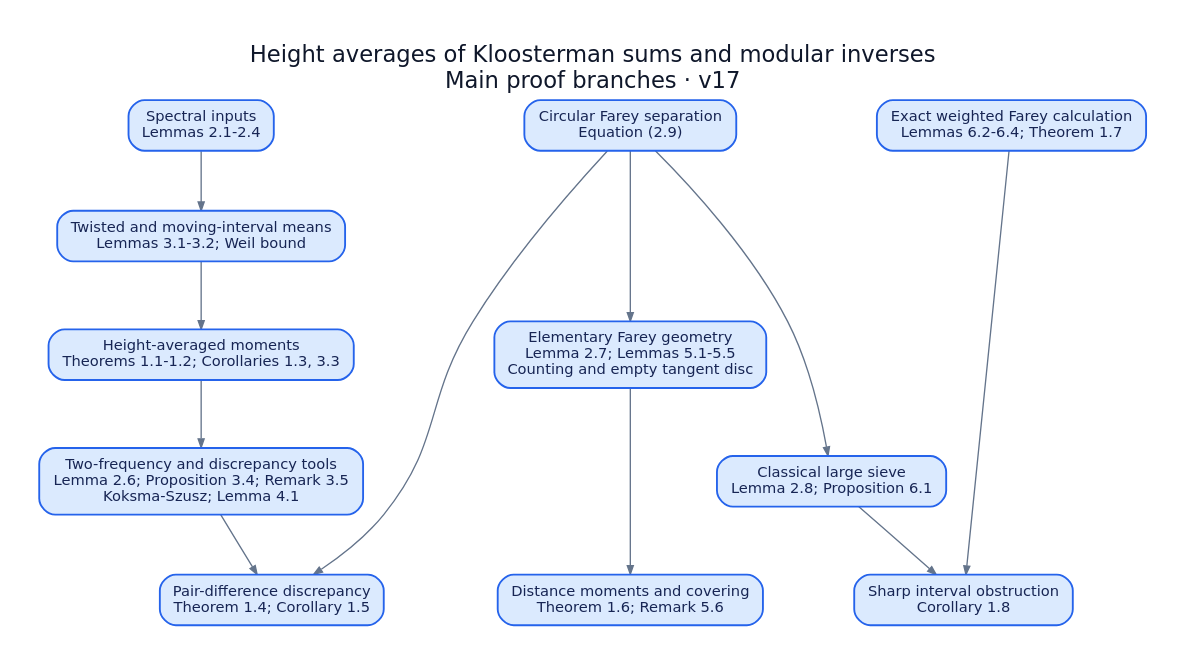
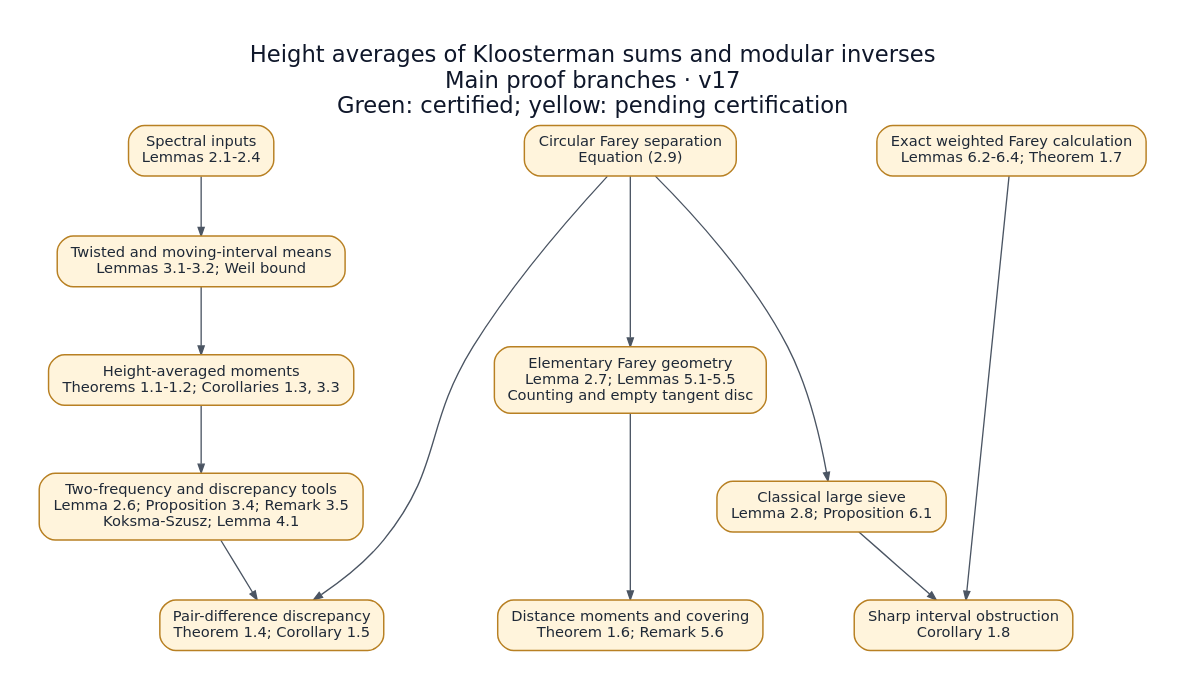
One commit to nicolasrobles/modular_inverses_ii changed the diagram in docs/dependency_overview.dot. Above: the diagram before and after it, drawn with Graphviz. The commit also changed 15 other files, not shown here.

First line of the commit message:
Match the reference repository's dependency graph palette

```diff
--- a/docs/dependency_overview.dot
+++ b/docs/dependency_overview.dot
@@ -1,40 +1,40 @@
 digraph dependencies {
   graph [
     rankdir="TB",
     bgcolor="white",
     pad="0.3",
     nodesep="0.45",
     ranksep="0.62",
     splines="spline",
     outputorder="edgesfirst",
     fontname="DejaVu Sans",
     fontsize="17",
     fontcolor="#0F172A",
     labelloc="t",
-    label="Height averages of Kloosterman sums and modular inverses\nMain proof branches · v17",
+    label="Height averages of Kloosterman sums and modular inverses\nMain proof branches · v17\nGreen: certified; yellow: pending certification",
   ];
-  edge [color="#64748B", arrowsize="0.65", penwidth="1.0", fontname="DejaVu Sans", fontsize="9"];
-  "ov:spectral" [label="Spectral inputs\nLemmas 2.1-2.4", tooltip="Spectral inputs", shape="box", style="rounded,filled", fillcolor="#DBEAFE", color="#2563EB", fontcolor="#172554", fontname="DejaVu Sans", fontsize="11", margin="0.14,0.10", penwidth="1.4"];
-  "ov:height-core" [label="Twisted and moving-interval means\nLemmas 3.1-3.2; Weil bound", tooltip="Twisted and moving-interval means", shape="box", style="rounded,filled", fillcolor="#DBEAFE", color="#2563EB", fontcolor="#172554", fontname="DejaVu Sans", fontsize="11", margin="0.14,0.10", penwidth="1.4"];
-  "ov:height-results" [label="Height-averaged moments\nTheorems 1.1-1.2; Corollaries 1.3, 3.3", tooltip="Height-averaged moments", shape="box", style="rounded,filled", fillcolor="#DBEAFE", color="#2563EB", fontcolor="#172554", fontname="DejaVu Sans", fontsize="11", margin="0.14,0.10", penwidth="1.4"];
-  "ov:two-frequency" [label="Two-frequency and discrepancy tools\nLemma 2.6; Proposition 3.4; Remark 3.5\nKoksma-Szusz; Lemma 4.1", tooltip="Two-frequency and discrepancy tools", shape="box", style="rounded,filled", fillcolor="#DBEAFE", color="#2563EB", fontcolor="#172554", fontname="DejaVu Sans", fontsize="11", margin="0.14,0.10", penwidth="1.4"];
-  "ov:discrepancy" [label="Pair-difference discrepancy\nTheorem 1.4; Corollary 1.5", tooltip="Pair-difference discrepancy", shape="box", style="rounded,filled", fillcolor="#DBEAFE", color="#2563EB", fontcolor="#172554", fontname="DejaVu Sans", fontsize="11", margin="0.14,0.10", penwidth="1.4"];
-  "ov:geometry" [label="Elementary Farey geometry\nLemma 2.7; Lemmas 5.1-5.5\nCounting and empty tangent disc", tooltip="Elementary Farey geometry", shape="box", style="rounded,filled", fillcolor="#DBEAFE", color="#2563EB", fontcolor="#172554", fontname="DejaVu Sans", fontsize="11", margin="0.14,0.10", penwidth="1.4"];
-  "ov:distance" [label="Distance moments and covering\nTheorem 1.6; Remark 5.6", tooltip="Distance moments and covering", shape="box", style="rounded,filled", fillcolor="#DBEAFE", color="#2563EB", fontcolor="#172554", fontname="DejaVu Sans", fontsize="11", margin="0.14,0.10", penwidth="1.4"];
-  "ov:separation" [label="Circular Farey separation\nEquation (2.9)", tooltip="Circular Farey separation", shape="box", style="rounded,filled", fillcolor="#DBEAFE", color="#2563EB", fontcolor="#172554", fontname="DejaVu Sans", fontsize="11", margin="0.14,0.10", penwidth="1.4"];
-  "ov:large-sieve" [label="Classical large sieve\nLemma 2.8; Proposition 6.1", tooltip="Classical large sieve", shape="box", style="rounded,filled", fillcolor="#DBEAFE", color="#2563EB", fontcolor="#172554", fontname="DejaVu Sans", fontsize="11", margin="0.14,0.10", penwidth="1.4"];
-  "ov:farey-correction" [label="Exact weighted Farey calculation\nLemmas 6.2-6.4; Theorem 1.7", tooltip="Exact weighted Farey calculation", shape="box", style="rounded,filled", fillcolor="#DBEAFE", color="#2563EB", fontcolor="#172554", fontname="DejaVu Sans", fontsize="11", margin="0.14,0.10", penwidth="1.4"];
-  "ov:obstruction" [label="Sharp interval obstruction\nCorollary 1.8", tooltip="Sharp interval obstruction", shape="box", style="rounded,filled", fillcolor="#DBEAFE", color="#2563EB", fontcolor="#172554", fontname="DejaVu Sans", fontsize="11", margin="0.14,0.10", penwidth="1.4"];
+  edge [color="#4b5563", arrowsize="0.65", penwidth="1.0", fontname="DejaVu Sans", fontsize="9"];
+  "ov:spectral" [label="Spectral inputs\nLemmas 2.1-2.4", tooltip="Spectral inputs", shape="box", style="rounded,filled", fillcolor="#fff4dc", color="#b88023", fontcolor="#1f2937", fontname="DejaVu Sans", fontsize="11", margin="0.14,0.10", penwidth="1.1"];
+  "ov:height-core" [label="Twisted and moving-interval means\nLemmas 3.1-3.2; Weil bound", tooltip="Twisted and moving-interval means", shape="box", style="rounded,filled", fillcolor="#fff4dc", color="#b88023", fontcolor="#1f2937", fontname="DejaVu Sans", fontsize="11", margin="0.14,0.10", penwidth="1.1"];
+  "ov:height-results" [label="Height-averaged moments\nTheorems 1.1-1.2; Corollaries 1.3, 3.3", tooltip="Height-averaged moments", shape="box", style="rounded,filled", fillcolor="#fff4dc", color="#b88023", fontcolor="#1f2937", fontname="DejaVu Sans", fontsize="11", margin="0.14,0.10", penwidth="1.1"];
+  "ov:two-frequency" [label="Two-frequency and discrepancy tools\nLemma 2.6; Proposition 3.4; Remark 3.5\nKoksma-Szusz; Lemma 4.1", tooltip="Two-frequency and discrepancy tools", shape="box", style="rounded,filled", fillcolor="#fff4dc", color="#b88023", fontcolor="#1f2937", fontname="DejaVu Sans", fontsize="11", margin="0.14,0.10", penwidth="1.1"];
+  "ov:discrepancy" [label="Pair-difference discrepancy\nTheorem 1.4; Corollary 1.5", tooltip="Pair-difference discrepancy", shape="box", style="rounded,filled", fillcolor="#fff4dc", color="#b88023", fontcolor="#1f2937", fontname="DejaVu Sans", fontsize="11", margin="0.14,0.10", penwidth="1.1"];
+  "ov:geometry" [label="Elementary Farey geometry\nLemma 2.7; Lemmas 5.1-5.5\nCounting and empty tangent disc", tooltip="Elementary Farey geometry", shape="box", style="rounded,filled", fillcolor="#fff4dc", color="#b88023", fontcolor="#1f2937", fontname="DejaVu Sans", fontsize="11", margin="0.14,0.10", penwidth="1.1"];
+  "ov:distance" [label="Distance moments and covering\nTheorem 1.6; Remark 5.6", tooltip="Distance moments and covering", shape="box", style="rounded,filled", fillcolor="#fff4dc", color="#b88023", fontcolor="#1f2937", fontname="DejaVu Sans", fontsize="11", margin="0.14,0.10", penwidth="1.1"];
+  "ov:separation" [label="Circular Farey separation\nEquation (2.9)", tooltip="Circular Farey separation", shape="box", style="rounded,filled", fillcolor="#fff4dc", color="#b88023", fontcolor="#1f2937", fontname="DejaVu Sans", fontsize="11", margin="0.14,0.10", penwidth="1.1"];
+  "ov:large-sieve" [label="Classical large sieve\nLemma 2.8; Proposition 6.1", tooltip="Classical large sieve", shape="box", style="rounded,filled", fillcolor="#fff4dc", color="#b88023", fontcolor="#1f2937", fontname="DejaVu Sans", fontsize="11", margin="0.14,0.10", penwidth="1.1"];
+  "ov:farey-correction" [label="Exact weighted Farey calculation\nLemmas 6.2-6.4; Theorem 1.7", tooltip="Exact weighted Farey calculation", shape="box", style="rounded,filled", fillcolor="#fff4dc", color="#b88023", fontcolor="#1f2937", fontname="DejaVu Sans", fontsize="11", margin="0.14,0.10", penwidth="1.1"];
+  "ov:obstruction" [label="Sharp interval obstruction\nCorollary 1.8", tooltip="Sharp interval obstruction", shape="box", style="rounded,filled", fillcolor="#fff4dc", color="#b88023", fontcolor="#1f2937", fontname="DejaVu Sans", fontsize="11", margin="0.14,0.10", penwidth="1.1"];
   { rank="same"; "ov:spectral"; "ov:separation"; "ov:farey-correction"; }
   { rank="sink"; "ov:discrepancy"; "ov:distance"; "ov:obstruction"; }
   "ov:spectral" -> "ov:height-core" [tooltip="Spectral inputs prove the twisted mean; it enters the moving-interval bound."];
   "ov:height-core" -> "ov:height-results" [tooltip="The moving-interval bound gives both main height theorems."];
   "ov:height-results" -> "ov:two-frequency" [tooltip="Theorem 1.1 enters the Selberg reduction; the weighted method is reused."];
   "ov:two-frequency" -> "ov:discrepancy" [tooltip="Proposition 3.4 and Lemma 4.1 give the upper discrepancy bound."];
   "ov:geometry" -> "ov:distance" [tooltip="Farey products, tails, empty squares and the tangent disc prove the distance results."];
   "ov:separation" -> "ov:geometry" [tooltip="Circular separation ensures that the critical empty-square packing is disjoint."];
   "ov:separation" -> "ov:discrepancy" [tooltip="The discrepancy lower bound uses an empty strip."];
   "ov:separation" -> "ov:large-sieve" [tooltip="Separation of the specific frequencies gives Proposition 6.1."];
   "ov:large-sieve" -> "ov:obstruction" [tooltip="A uniform interval remainder bound allows localization."];
   "ov:farey-correction" -> "ov:obstruction" [tooltip="A positive weighted correction forces a large sharp-interval remainder."];
 }
```
